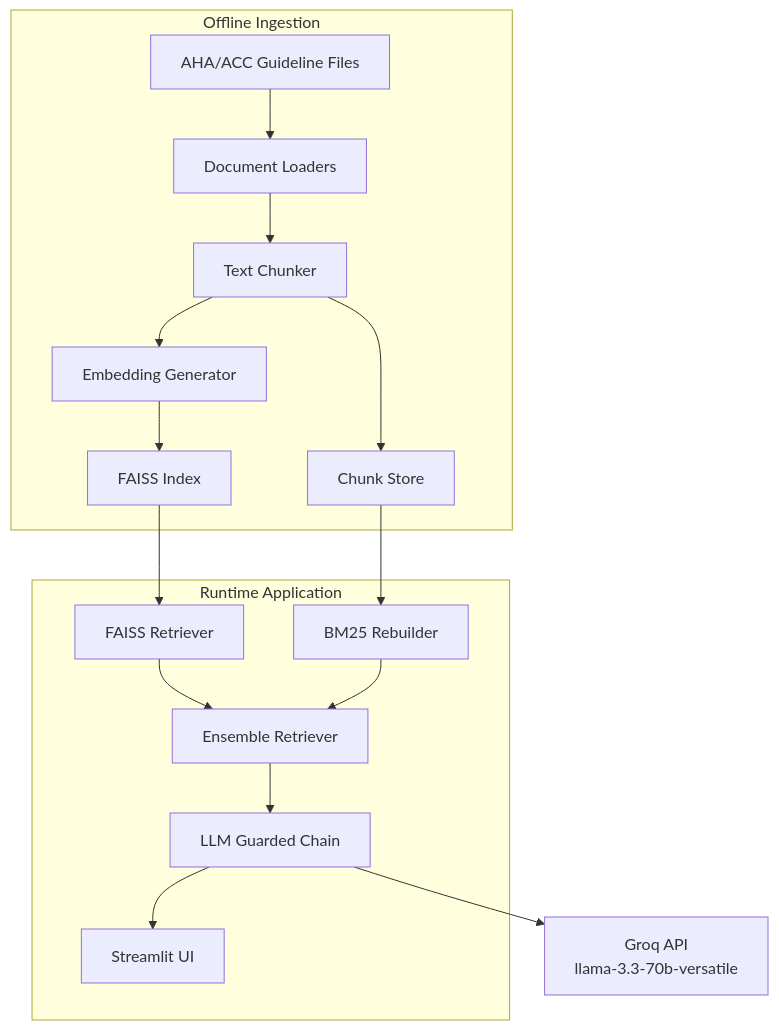
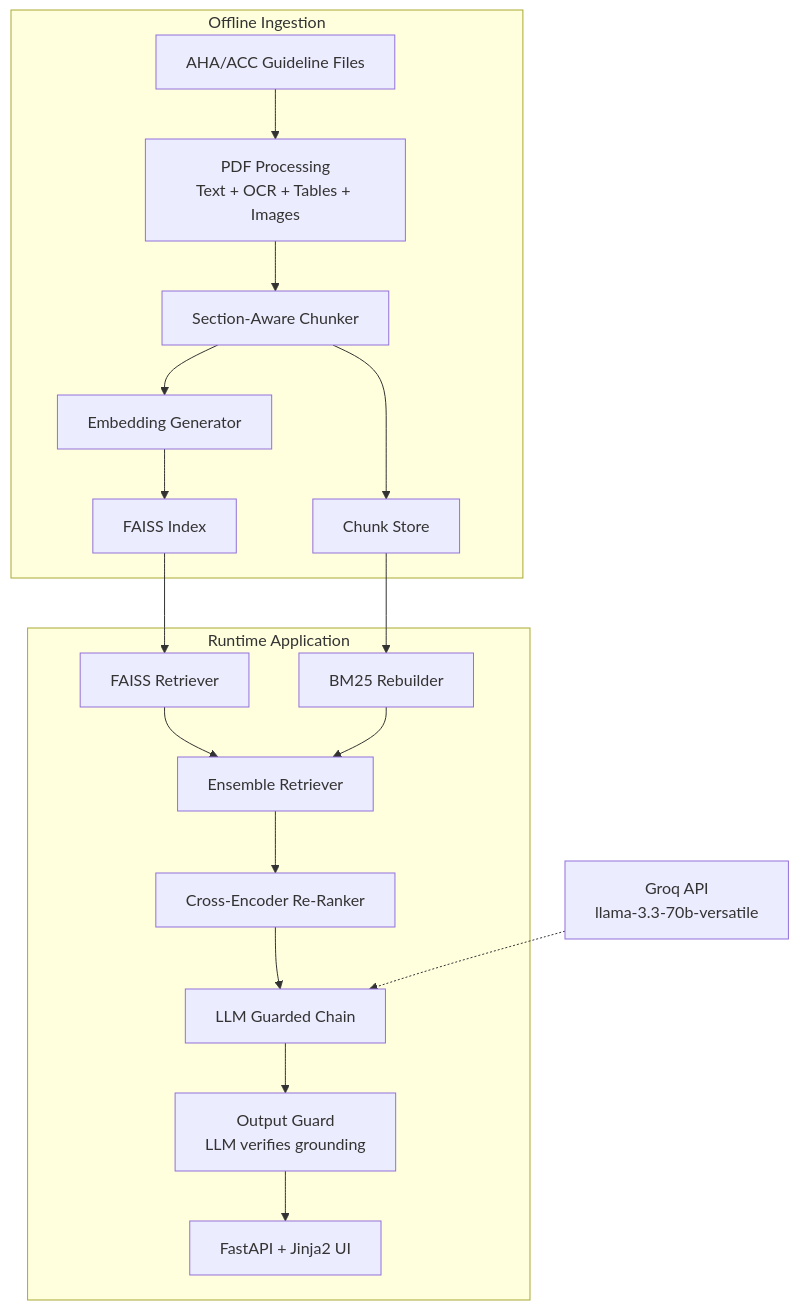
One commit to MohamedFakhry2007/heart_safe_rag changed the diagram in design.md. Above: the diagram before and after it, drawn with Mermaid. The commit also changed other lines of this file and 4 other files, not shown here.

````diff
--- a/design.md
+++ b/design.md
@@ -44,21 +44,23 @@
 ```mermaid
 graph TB
     subgraph "Offline Ingestion"
-        A[AHA/ACC Guideline Files] --> B[Document Loaders]
-        B --> C[Text Chunker]
+        A[AHA/ACC Guideline Files] --> B[PDF Processing<br/>Text + OCR + Tables + Images]
+        B --> C[Section-Aware Chunker]
         C --> D[Embedding Generator]
         D --> E[FAISS Index]
         C --> F[Chunk Store]
     end
 
     subgraph "Runtime Application"
         E --> G[FAISS Retriever]
         F --> H[BM25 Rebuilder]
         G --> I[Ensemble Retriever]
         H --> I
-        I --> J[LLM Guarded Chain]
-        J --> K[Streamlit UI]
+        I --> J[Cross-Encoder Re-Ranker]
+        J --> K[LLM Guarded Chain]
+        K --> L[Output Guard<br/>LLM verifies grounding]
+        L --> M[FastAPI + Jinja2 UI]
     end
 
-    J --> L[Groq API<br/>llama-3.3-70b-versatile]
+    N[Groq API<br/>llama-3.3-70b-versatile] -.-> K
 ```
````
